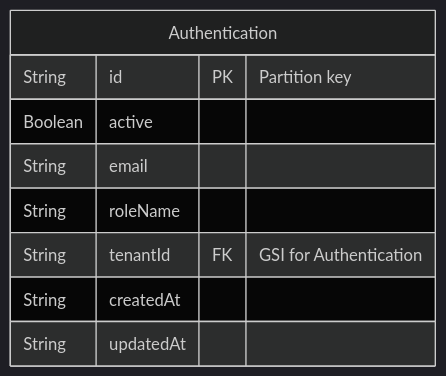
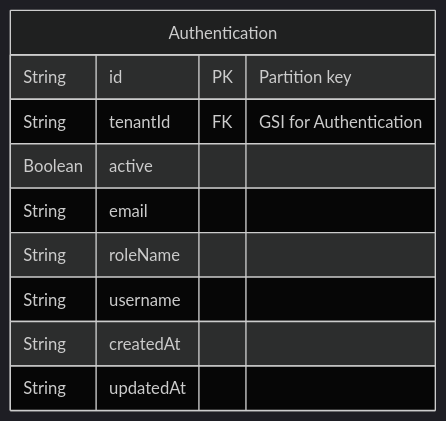
Before and after one commit to roshanind/aws-cdk-documentation: the third of 6 diagrams in db.sample.md, drawn with Mermaid (dark theme). The commit also changed other lines of this file, not shown here.

````diff
--- a/db.sample.md
+++ b/db.sample.md
@@ -75,12 +75,13 @@
 ```mermaid
 erDiagram
 Authentication {
     String id PK "Partition key"
+    String tenantId FK "GSI for Authentication"
     Boolean active
     String email
     String roleName
-    String tenantId FK "GSI for Authentication"
+    String username
     String createdAt
     String updatedAt
 }
 ```
````
